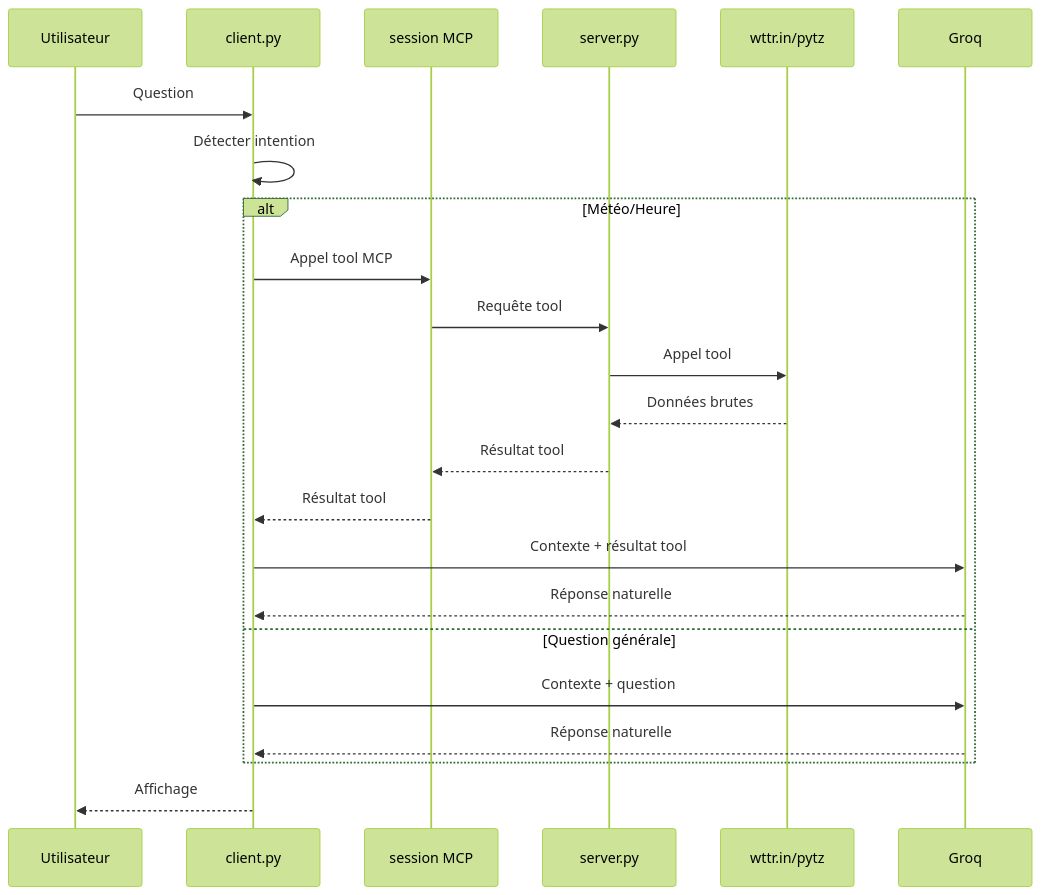
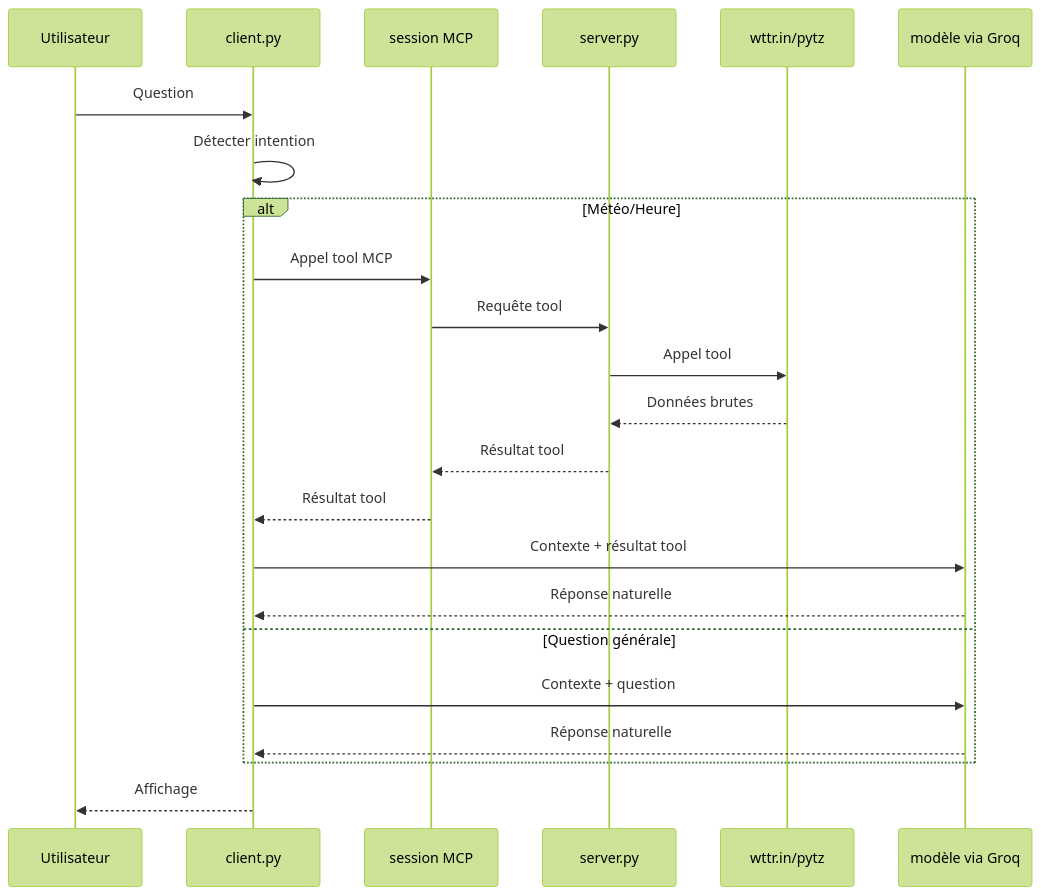
One commit to loic-bodolec/python-mcp-agent changed the diagram in docs/formation/03-flux-requete.md. Above: the diagram before and after it, drawn with Mermaid (forest theme). The commit also changed other lines of this file and 5 other files, not shown here.

````diff
--- a/docs/formation/03-flux-requete.md
+++ b/docs/formation/03-flux-requete.md
@@ -46,26 +46,26 @@
 ```mermaid
 sequenceDiagram
   participant U as Utilisateur
   participant C as client.py
   participant M as session MCP
   participant S as server.py
   participant W as wttr.in/pytz
-  participant G as Groq
+  participant G as modèle via Groq
 
   U->>C: Question
   C->>C: Détecter intention
   alt Météo/Heure
     C->>M: Appel tool MCP
     M->>S: Requête tool
     S->>W: Appel tool
     W-->>S: Données brutes
     S-->>M: Résultat tool
     M-->>C: Résultat tool
     C->>G: Contexte + résultat tool
     G-->>C: Réponse naturelle
   else Question générale
     C->>G: Contexte + question
     G-->>C: Réponse naturelle
   end
   C-->>U: Affichage
 ```
````
